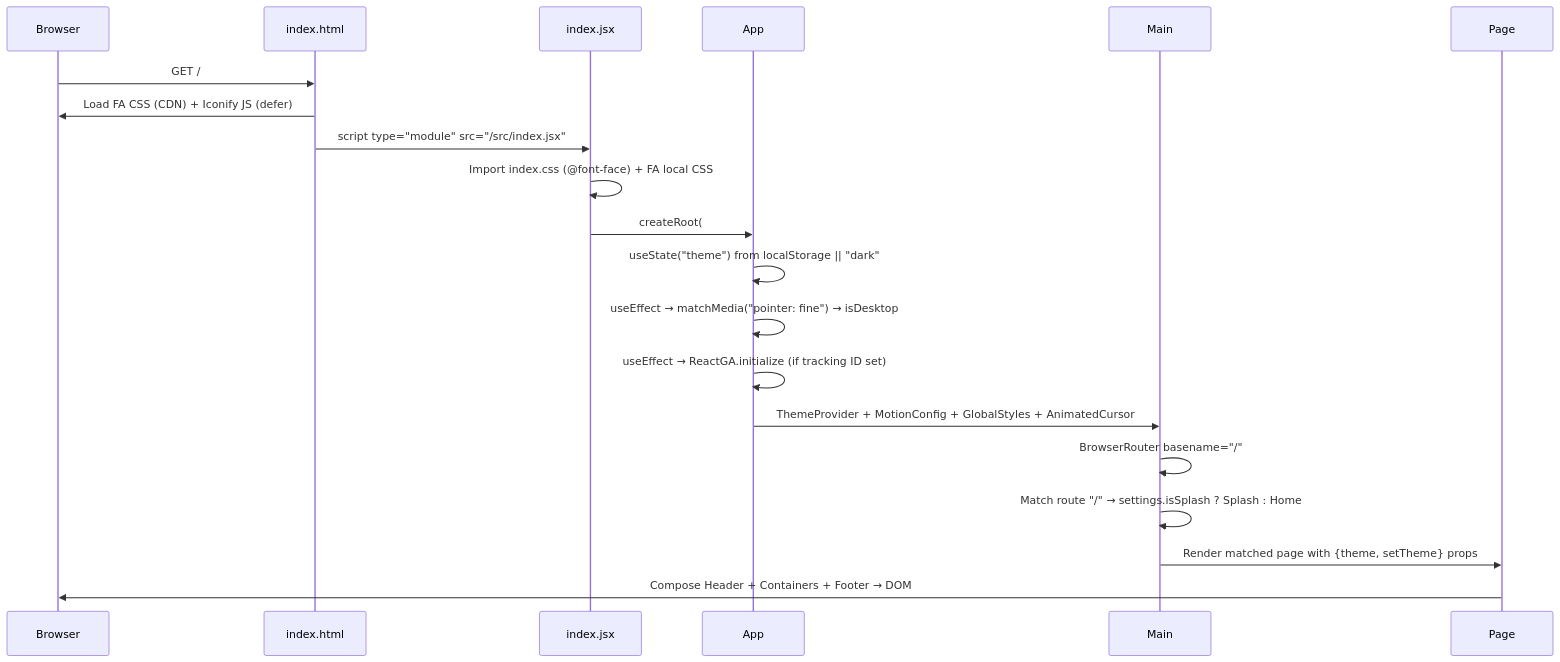
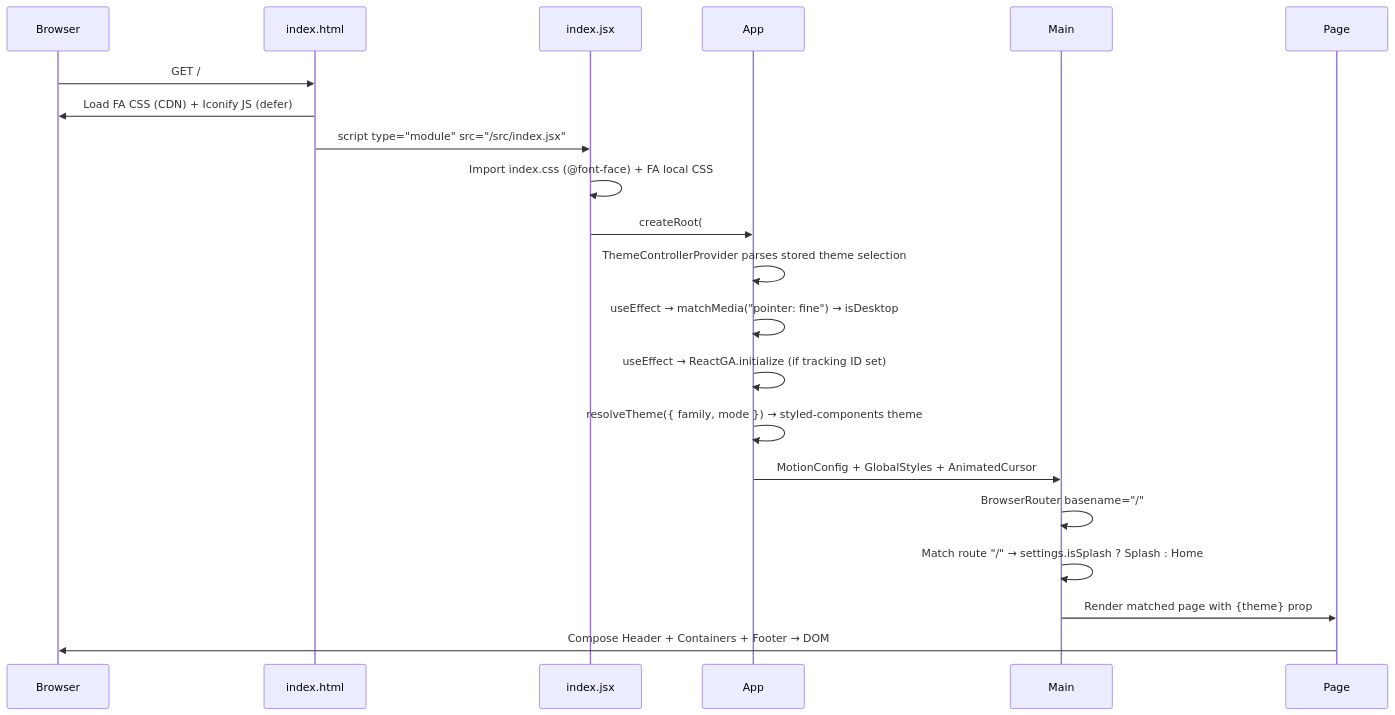
The first of 5 diagrams in README.md (pypi-ahmad/pypi-ahmad.github.io), drawn with Mermaid before and after one commit. The commit also changed other lines of this file, not shown here.

````diff
--- a/README.md
+++ b/README.md
@@ -219,23 +221,24 @@
 ```mermaid
 sequenceDiagram
     participant Browser
     participant index.html
     participant index.jsx
     participant App
     participant Main
     participant Page
 
     Browser->>index.html: GET /
     index.html->>Browser: Load FA CSS (CDN) + Iconify JS (defer)
     index.html->>index.jsx: script type="module" src="/src/index.jsx"
     index.jsx->>index.jsx: Import index.css (@font-face) + FA local CSS
     index.jsx->>App: createRoot(#root).render(App)
-    App->>App: useState("theme") from localStorage || "dark"
+    App->>App: ThemeControllerProvider parses stored theme selection
     App->>App: useEffect → matchMedia("pointer: fine") → isDesktop
     App->>App: useEffect → ReactGA.initialize (if tracking ID set)
-    App->>Main: ThemeProvider + MotionConfig + GlobalStyles + AnimatedCursor
+    App->>App: resolveTheme({ family, mode }) → styled-components theme
+    App->>Main: MotionConfig + GlobalStyles + AnimatedCursor
     Main->>Main: BrowserRouter basename="/"
     Main->>Main: Match route "/" → settings.isSplash ? Splash : Home
-    Main->>Page: Render matched page with {theme, setTheme} props
+    Main->>Page: Render matched page with {theme} prop
     Page->>Browser: Compose Header + Containers + Footer → DOM
 ```
````
